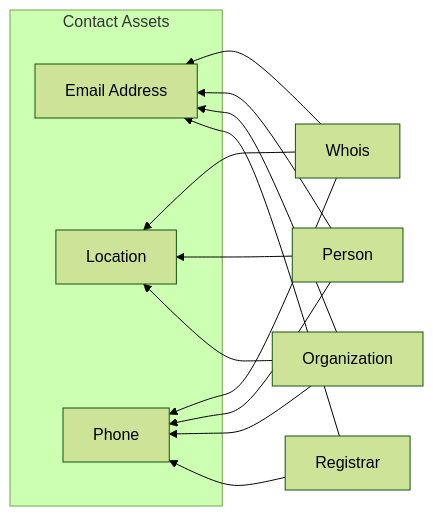
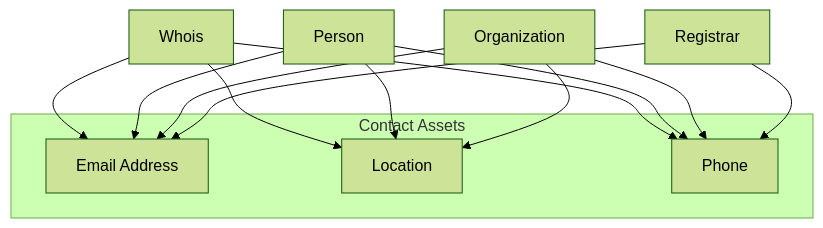
One commit to owasp-amass/docs changed the diagram in docs/open-asset-model/contact.md. Above: the diagram before and after it, drawn with Mermaid (forest theme).

````diff
--- a/docs/open-asset-model/contact.md
+++ b/docs/open-asset-model/contact.md
@@ -1,31 +1,31 @@
 ```mermaid
-graph RL
+graph TD
     %% Main Incoming Relationships
     Whois
     Person
     Organization
     Registrar
 
     %% Contact Assets on the right side
     subgraph "Contact Assets"
         Email[Email Address]
         Location[Location]
         Phone[Phone]
     end
 
     %% Relationships
     Whois --> Email
     Whois --> Phone
     Whois --> Location
     
     Person --> Email
     Person --> Phone
     Person --> Location
     
     Organization --> Email
     Organization --> Phone
     Organization --> Location
 
     Registrar --> Email
     Registrar --> Phone
 ```
````
